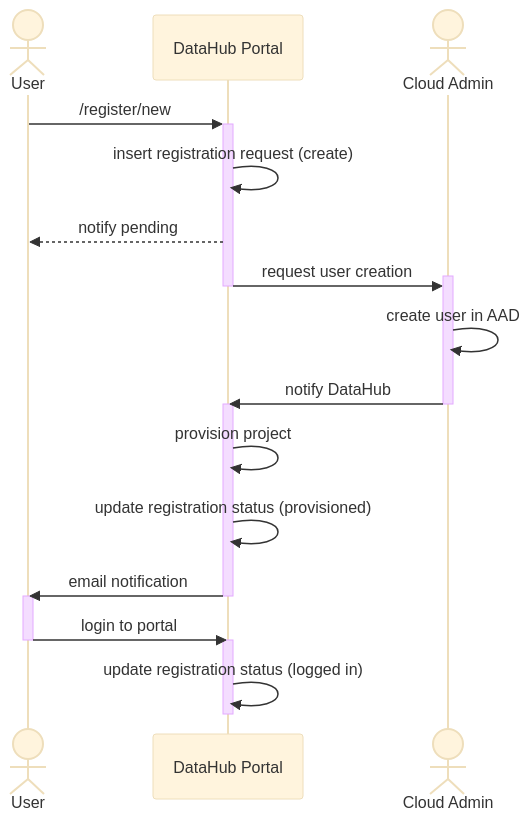
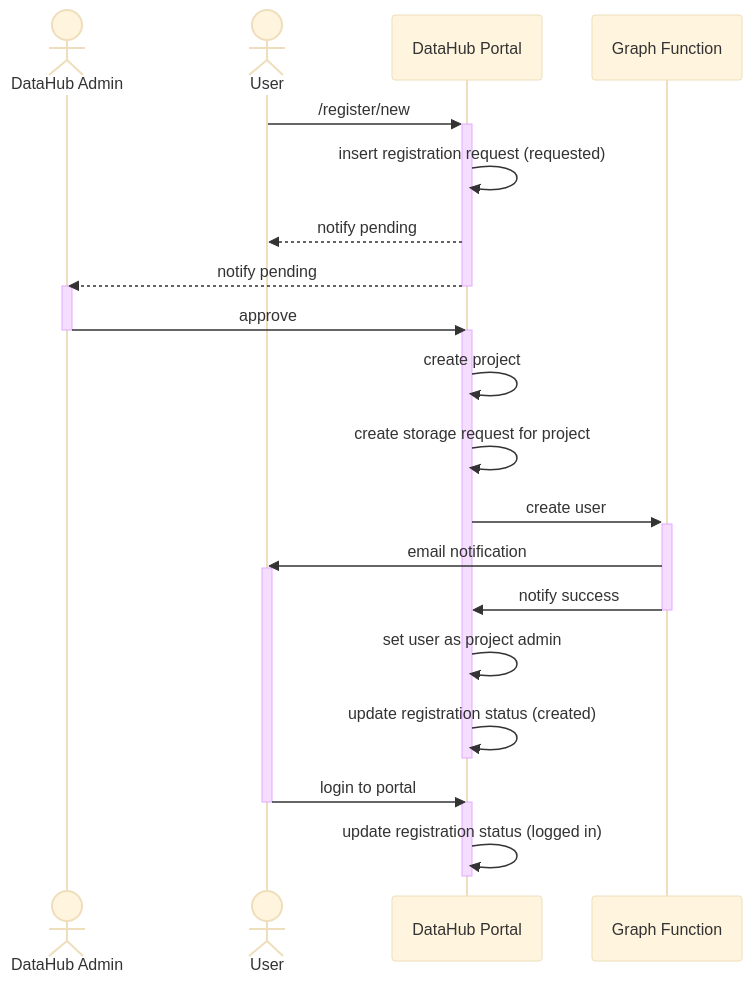
The first of 4 diagrams in docs/use-cases.md (ssc-sp/datahub-portal), drawn with Mermaid (base theme) before and after one commit. The commit also changed 28 other files, not shown here.

Commit message:
imported wip on registration flow from previous repository

````diff
--- a/docs/use-cases.md
+++ b/docs/use-cases.md
@@ -4,26 +4,32 @@
 ```mermaid
 sequenceDiagram
+    actor A as DataHub Admin
     actor U as User
     participant P as DataHub Portal
-    actor C as Cloud Admin
+    participant F as Graph Function
 
     U->>+P: /register/new
-    P->>P: insert registration request (create)
+    P->>P: insert registration request (requested)
     P-->>U: notify pending
+    P-->>A: notify pending
+    deactivate P
+    activate A
 
-    P->>+C: request user creation
-    deactivate P
-    C->>C: create user in AAD
-    C->>-P: notify DataHub
+    
+    A->>-P: approve
+    activate P
+    P->>P: create project
+    P->>P: create storage request for project
+    P->>+F: create user
+    F->>U: email notification
+    activate U
+    F->>-P: notify success
 
-    activate P
-    P->>P: provision project 
-    P->>P: update registration status (provisioned) 
-    P->>U: email notification
+    P->>P: set user as project admin
+    P->>P: update registration status (created) 
     deactivate P
 
-    activate U
     U->>-P: login to portal
     activate P
     P->>-P: update registration status (logged in)
 ```
````
